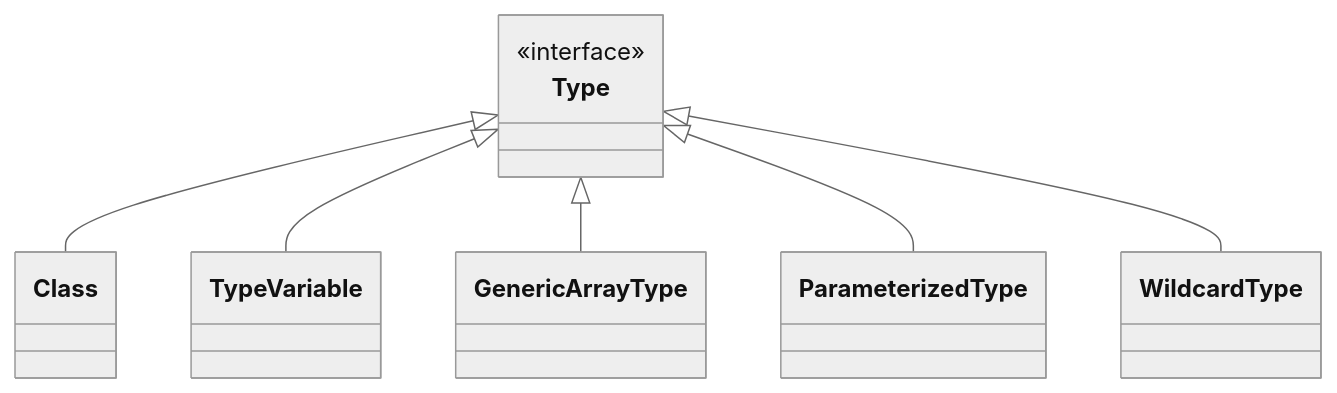
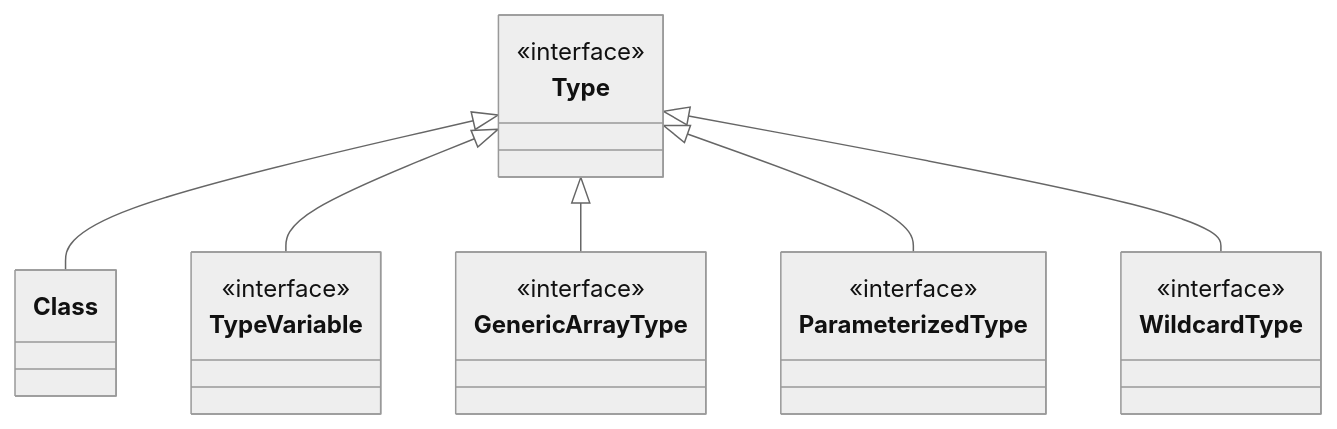
The diagram in MyBatis_YMXJ/通用源码阅读指导书：MyBatis源码详解.md (andyRon/ReadMyBatis), drawn with Mermaid (neutral theme) before and after one commit. The commit also changed other lines of this file and 49 other files, not shown here.

````diff
--- a/MyBatis_YMXJ/通用源码阅读指导书：MyBatis源码详解.md
+++ b/MyBatis_YMXJ/通用源码阅读指导书：MyBatis源码详解.md
@@ -661,14 +776,23 @@
 ```mermaid
 classDiagram
 	class Type {
 		<<interface>>
 	}
+	class TypeVariable {
+		<<interface>> 
+	}
+	class GenericArrayType
+	<<interface>>  GenericArrayType
+	class ParameterizedType
+	<<interface>>  ParameterizedType
+	class WildcardType
+	<<interface>>  WildcardType
 	Type <|-- Class
 	Type <|-- TypeVariable
 	Type <|-- GenericArrayType
 	Type <|-- ParameterizedType
 	Type <|-- WildcardType
 	
 	
 	
 ```
````
